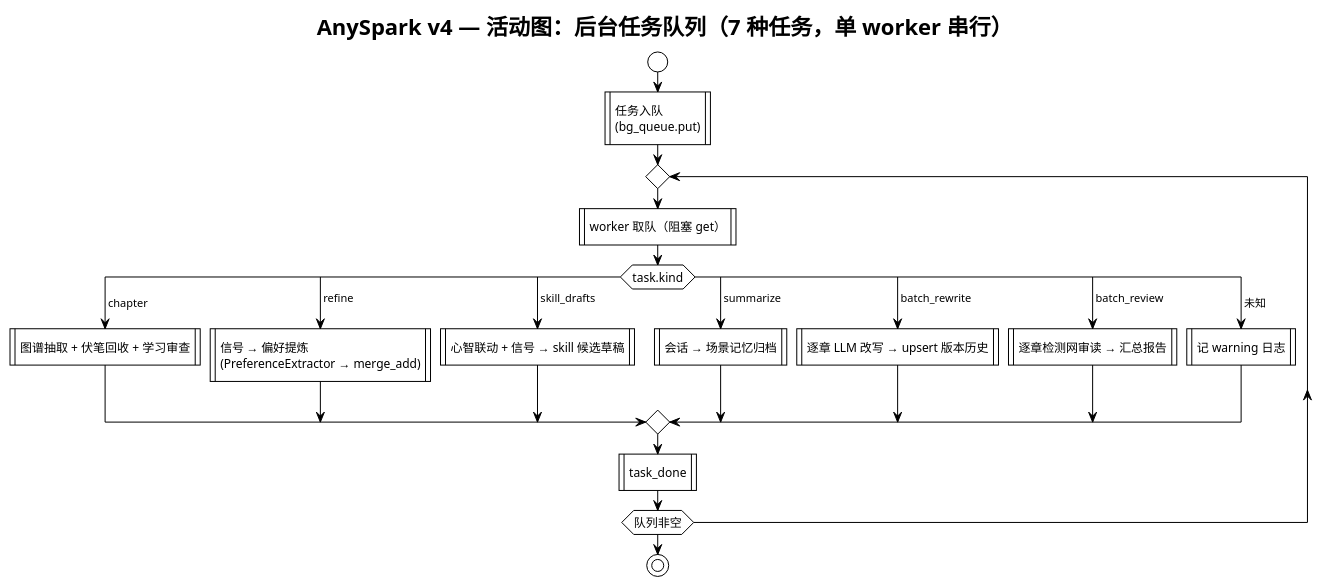
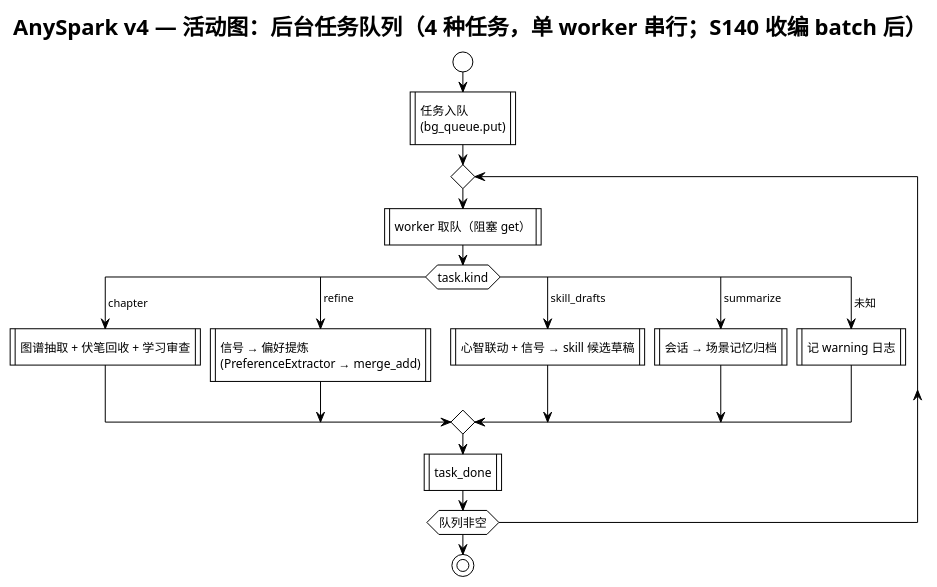
Before and after one commit to Mikexujunrui/AnySpark: the diagram in docs/uml/activity_tasks.puml, drawn with PlantUML. The commit also changed 3 other files, not shown here.

```diff
--- a/docs/uml/activity_tasks.puml
+++ b/docs/uml/activity_tasks.puml
@@ -1,29 +1,25 @@
 @startuml AnySpark v4 - Activity: 后台任务派发
 !theme plain
-title AnySpark v4 — 活动图：后台任务队列（7 种任务，单 worker 串行）
+title AnySpark v4 — 活动图：后台任务队列（4 种任务，单 worker 串行；S140 收编 batch 后）
 skinparam activityDiamondFontSize 12
 
 start
 :任务入队\n(bg_queue.put)|
 repeat
   :worker 取队（阻塞 get）|
   switch (task.kind)
   case ( chapter )
     :图谱抽取 + 伏笔回收 + 学习审查|
   case ( refine )
     :信号 → 偏好提炼\n(PreferenceExtractor → merge_add)|
   case ( skill_drafts )
     :心智联动 + 信号 → skill 候选草稿|
   case ( summarize )
     :会话 → 场景记忆归档|
-  case ( batch_rewrite )
-    :逐章 LLM 改写 → upsert 版本历史|
-  case ( batch_review )
-    :逐章检测网审读 → 汇总报告|
   case ( 未知 )
     :记 warning 日志|
   endswitch
   :task_done|
 repeat while (队列非空)
 stop
 @enduml
```
